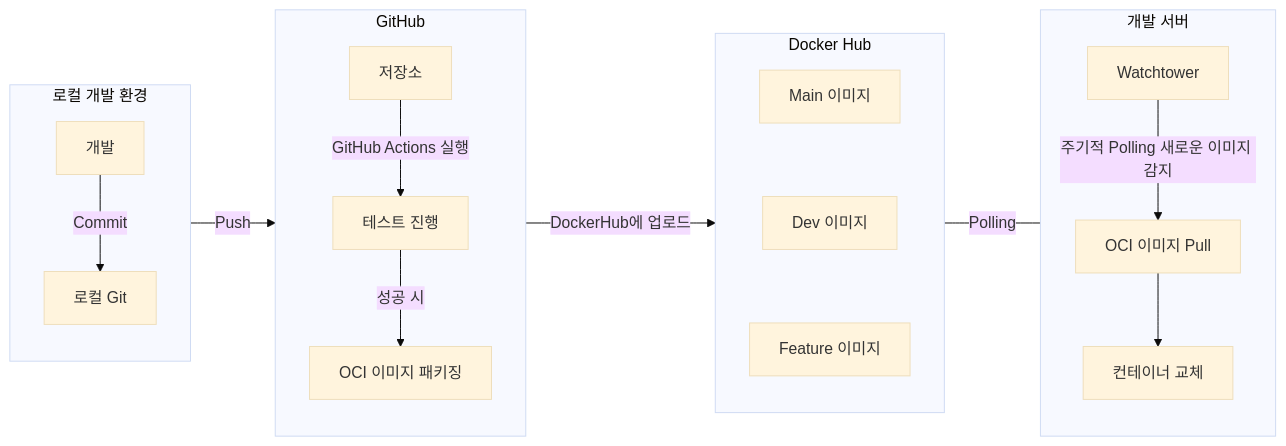
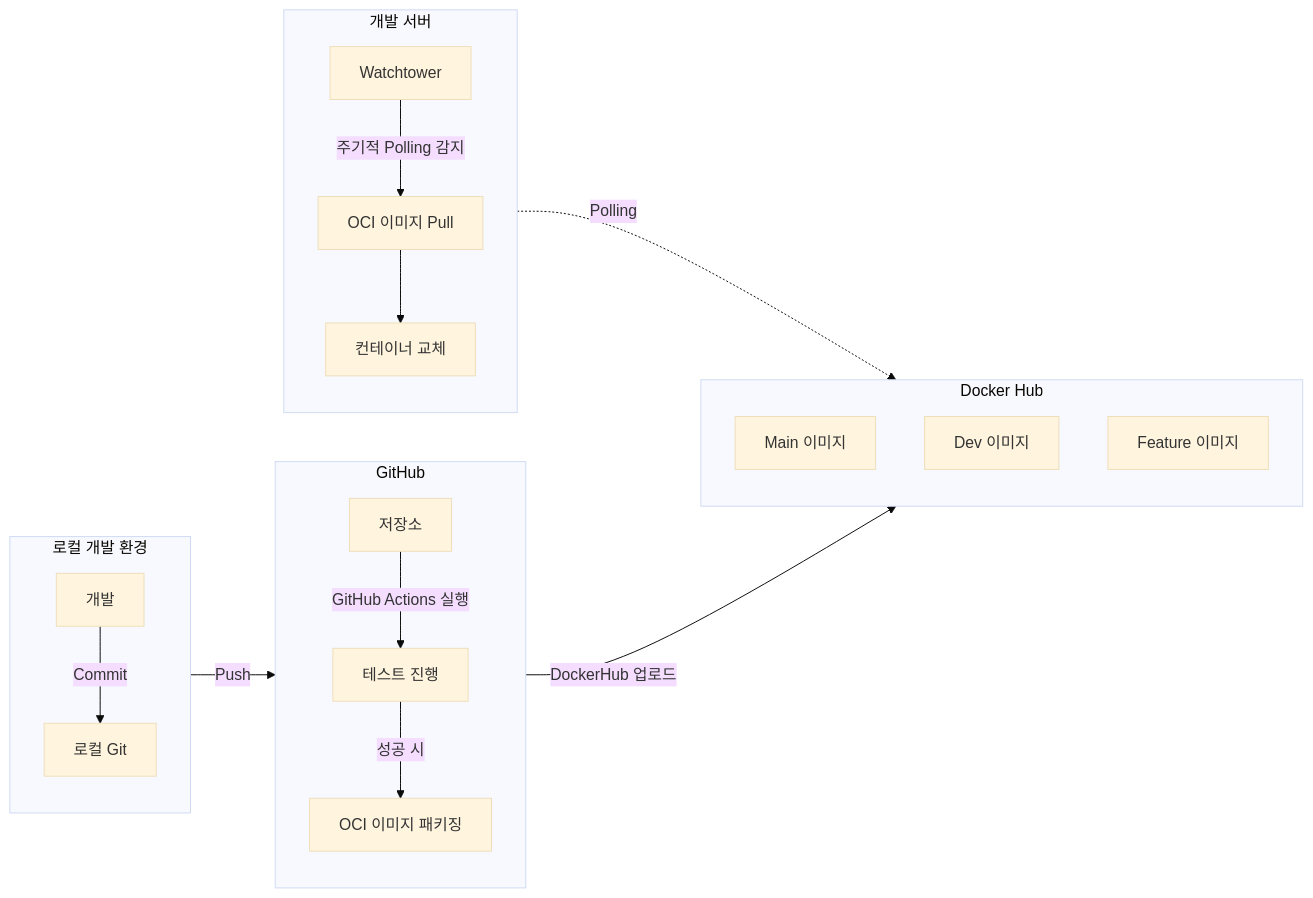
The diagram in _posts/Spring/Wanted-Challenge/2024-08-09-Wanted-be-challenge-8-CICD.md (cmsong111/blog), drawn with Mermaid (base theme) before and after one commit. The commit also changed 96 other files, not shown here.

````diff
--- a/_posts/Spring/Wanted-Challenge/2024-08-09-Wanted-be-challenge-8-CICD.md
+++ b/_posts/Spring/Wanted-Challenge/2024-08-09-Wanted-be-challenge-8-CICD.md
@@ -18,34 +18,26 @@
 ```mermaid
-flowchart LR;
-
-    subgraph Local[로컬 개발 환경]
+flowchart LR
+    subgraph Local ["로컬 개발 환경"]
         direction TB
-        A[개발] -->|Commit| A1[로컬 Git]
+        A["개발"] -->|"Commit"| A1["로컬 Git"]
     end
-
-    Local -->|Push| GitHub
-
-    subgraph GitHub[GitHub]
+    subgraph GitHub ["GitHub"]
         direction TB
-        B[저장소] -->|GitHub Actions 실행| B1[테스트 진행]
-        B1 -->|성공 시| B2[OCI 이미지 패키징]
+        B["저장소"] -->|"GitHub Actions 실행"| B1["테스트 진행"]
+        B1 -->|"성공 시"| B2["OCI 이미지 패키징"]
     end
-
-    GitHub -->|DockerHub에 업로드| DockerHub
-
-
-    subgraph DockerHub[Docker Hub]
+    subgraph DockerHub ["Docker Hub"]
         direction TB
-        D2[Main 이미지] ~~~ D3
-        D3[Dev 이미지] ~~~ D4
-        D4[Feature 이미지] 
+        D2["Main 이미지"]
+        D3["Dev 이미지"]
+        D4["Feature 이미지"]
     end
-
-    subgraph Dev[개발 서버]
+    subgraph Dev ["개발 서버"]
         direction TB
-        Watchtower[Watchtower] -->|주기적 Polling 새로운 이미지 감지 | C[OCI 이미지 Pull]
-        C --> D[컨테이너 교체]
+        Watchtower["Watchtower"] -->|"주기적 Polling 감지"| C["OCI 이미지 Pull"]
+        C --> D["컨테이너 교체"]
     end
-
-    DockerHub --- |Polling| Dev
+    A1 -->|"Push"| B
+    B2 -->|"DockerHub 업로드"| D2
+    Watchtower -.->|"Polling"| D3
 ```
````
